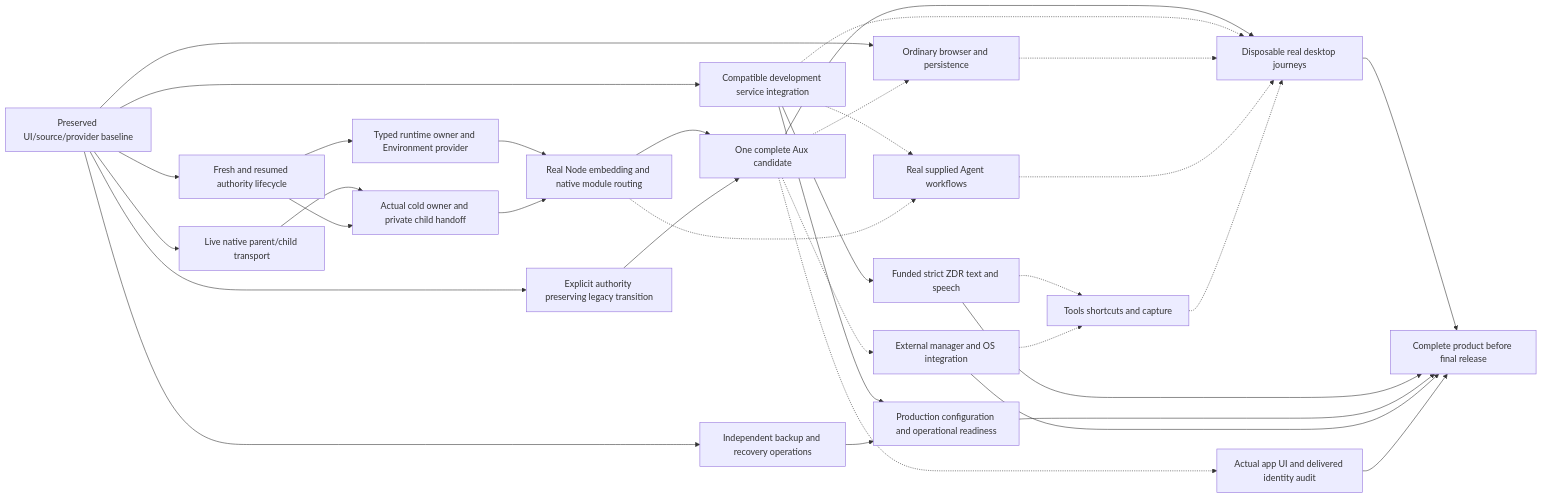
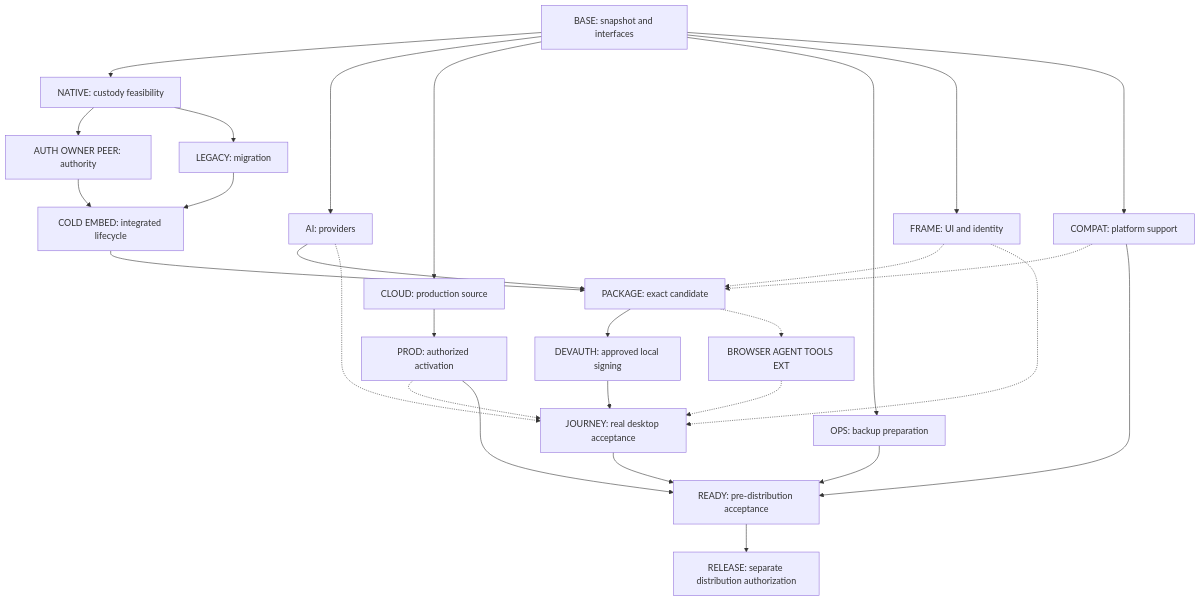
Before and after one commit to robzilla1738/vector: the diagram in docs/ROADMAP-EXECUTION-GRAPH.md, drawn with Mermaid. The commit also changed other lines of this file and 3 other files, not shown here.

Commit message:
docs: plan parallel Aux completion and acceptance

````diff
--- a/docs/ROADMAP-EXECUTION-GRAPH.md
+++ b/docs/ROADMAP-EXECUTION-GRAPH.md
@@ -33,36 +40,30 @@
 ```mermaid
-flowchart LR
-  BASE[Preserved UI/source/provider baseline] --> AUTH[Fresh and resumed authority lifecycle]
-  AUTH --> OWNER[Typed runtime owner and Environment provider]
-  BASE --> PEER[Live native parent/child transport]
-  PEER --> COLD[Actual cold owner and private child handoff]
-  AUTH --> COLD
-  OWNER --> EMBED[Real Node embedding and native module routing]
-  COLD --> EMBED
-  BASE --> LEGACY[Explicit authority preserving legacy transition]
-  EMBED --> PACKAGE[One complete Aux candidate]
-  LEGACY --> PACKAGE
-  PACKAGE --> JOURNEY[Disposable real desktop journeys]
-  BASE --> CLOUD[Compatible development service integration]
-  CLOUD -.-> JOURNEY
-  CLOUD --> AI[Funded strict ZDR text and speech]
-  CLOUD --> PROD[Production configuration and operational readiness]
-  BASE --> OPS[Independent backup and recovery operations]
-  OPS --> PROD
-  PACKAGE -.-> EXT[External manager and OS integration]
-  BASE --> BROWSER[Ordinary browser and persistence]
-  PACKAGE -.-> BROWSER
-  CLOUD -.-> AGENT[Real supplied Agent workflows]
-  EMBED -.-> AGENT
-  AI -.-> TOOLS[Tools shortcuts and capture]
-  EXT -.-> TOOLS
-  BROWSER -.-> JOURNEY
-  AGENT -.-> JOURNEY
-  TOOLS -.-> JOURNEY
-  JOURNEY --> READY[Complete product before final release]
-  AI --> READY
+flowchart TD
+  BASE[BASE: snapshot and interfaces] --> NATIVE[NATIVE: custody feasibility]
+  BASE --> AI[AI: providers]
+  BASE --> CLOUD[CLOUD: production source]
+  BASE --> OPS[OPS: backup preparation]
+  BASE --> FRAME[FRAME: UI and identity]
+  BASE --> COMPAT[COMPAT: platform support]
+  NATIVE --> AUTH[AUTH OWNER PEER: authority]
+  NATIVE --> LEGACY[LEGACY: migration]
+  AUTH --> COLD[COLD EMBED: integrated lifecycle]
+  LEGACY --> COLD
+  COLD --> PACKAGE[PACKAGE: exact candidate]
+  AI --> PACKAGE
+  FRAME -.-> PACKAGE
+  COMPAT -.-> PACKAGE
+  PACKAGE --> DEVAUTH[DEVAUTH: approved local signing]
+  DEVAUTH --> JOURNEY[JOURNEY: real desktop acceptance]
+  PACKAGE -.-> FEATURES[BROWSER AGENT TOOLS EXT]
+  FEATURES -.-> JOURNEY
+  FRAME -.-> JOURNEY
+  AI -.-> JOURNEY
+  CLOUD --> PROD[PROD: authorized activation]
+  PROD -.-> JOURNEY
+  OPS --> READY[READY: pre-distribution acceptance]
   PROD --> READY
-  EXT --> READY
-  PACKAGE -.-> FRAME[Actual app UI and delivered identity audit]
-  FRAME --> READY
+  COMPAT --> READY
+  JOURNEY --> READY
+  READY --> RELEASE[RELEASE: separate distribution authorization]
 ```
````
